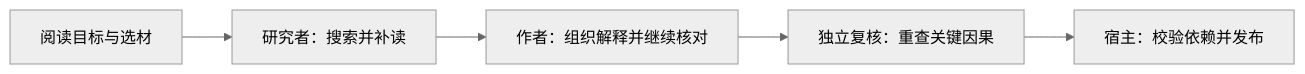
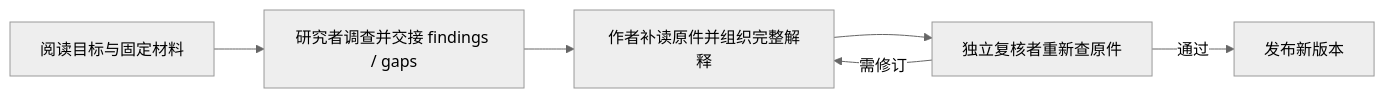
One commit to lejunyang/omem changed the diagram in .repo-review/knowledge/articles/8a78e7c7634bdf870e9fc4ddcb0670e345ae0a629b2af3c08bd864ef0f1482aa.md. Above: the diagram before and after it, drawn with Mermaid (neutral theme). The commit also changed other lines of this file and 5 other files, not shown here.

````diff
--- a/.repo-review/knowledge/articles/8a78e7c7634bdf870e9fc4ddcb0670e345ae0a629b2af3c08bd864ef0f1482aa.md
+++ b/.repo-review/knowledge/articles/8a78e7c7634bdf870e9fc4ddcb0670e345ae0a629b2af3c08bd864ef0f1482aa.md
@@ -23,7 +33,8 @@
 ```mermaid
 flowchart LR
-  B[阅读目标与选材] --> R[研究者：搜索并补读]
-  R --> W[作者：组织解释并继续核对]
-  W --> V[独立复核：重查关键因果]
-  V --> P[宿主：校验依赖并发布]
+  B[阅读目标与固定材料] --> R[研究者调查并交接 findings / gaps]
+  R --> W[作者补读原件并组织完整解释]
+  W --> V[独立复核者重新查原件]
+  V -->|通过| P[发布新版本]
+  V -->|需修订| W
 ```
````
